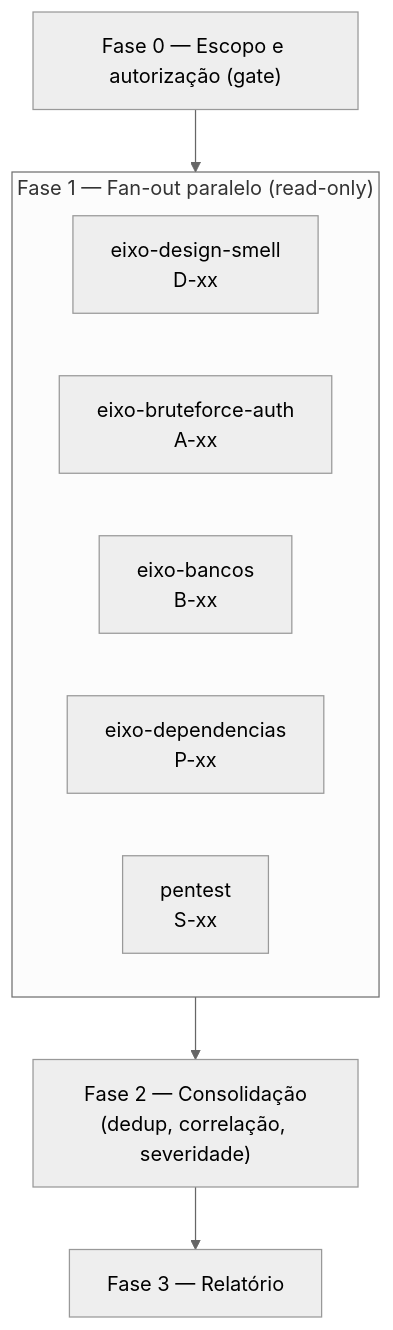
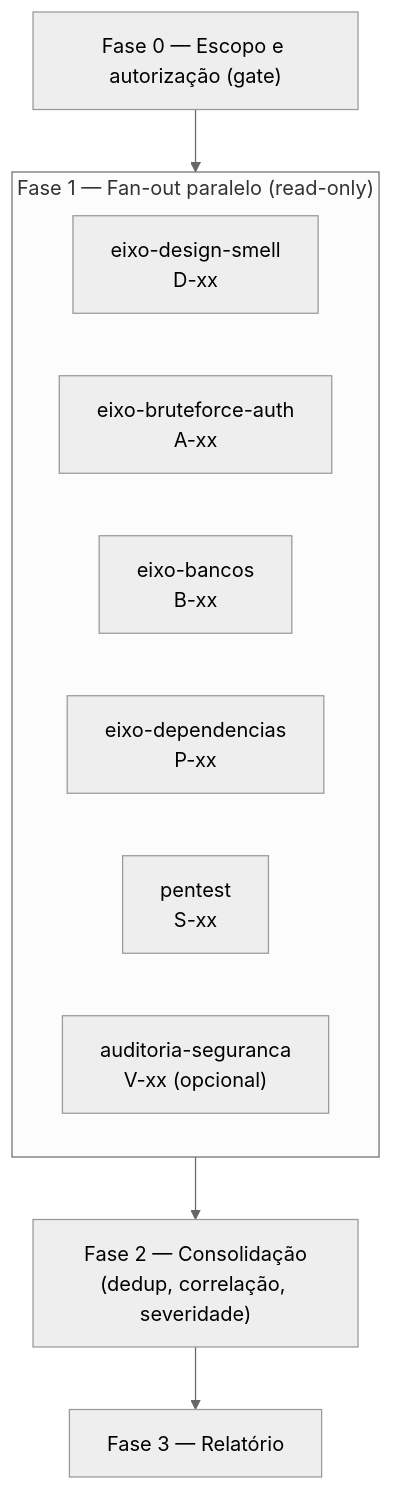
Before and after one commit to victorbeppler/claude-bootstrap: the diagram in skills/auditoria/SKILL.md, drawn with Mermaid (neutral theme). The commit also changed other lines of this file and 30 other files, not shown here.

First line of the commit message:
feat: skill auditoria-seguranca adaptada da security-audit-skill da Cloudflare

````diff
--- a/skills/auditoria/SKILL.md
+++ b/skills/auditoria/SKILL.md
@@ -14,14 +14,15 @@
 ```mermaid
 flowchart TB
     F0["Fase 0 — Escopo e autorização (gate)"]
     subgraph F1["Fase 1 — Fan-out paralelo (read-only)"]
         D["eixo-design-smell<br/>D-xx"]
         A["eixo-bruteforce-auth<br/>A-xx"]
         B["eixo-bancos<br/>B-xx"]
         P["eixo-dependencias<br/>P-xx"]
         S["pentest<br/>S-xx"]
+        V["auditoria-seguranca<br/>V-xx (opcional)"]
     end
     F2["Fase 2 — Consolidação<br/>(dedup, correlação, severidade)"]
     F3["Fase 3 — Relatório"]
     F0 --> F1 --> F2 --> F3
 ```
````
